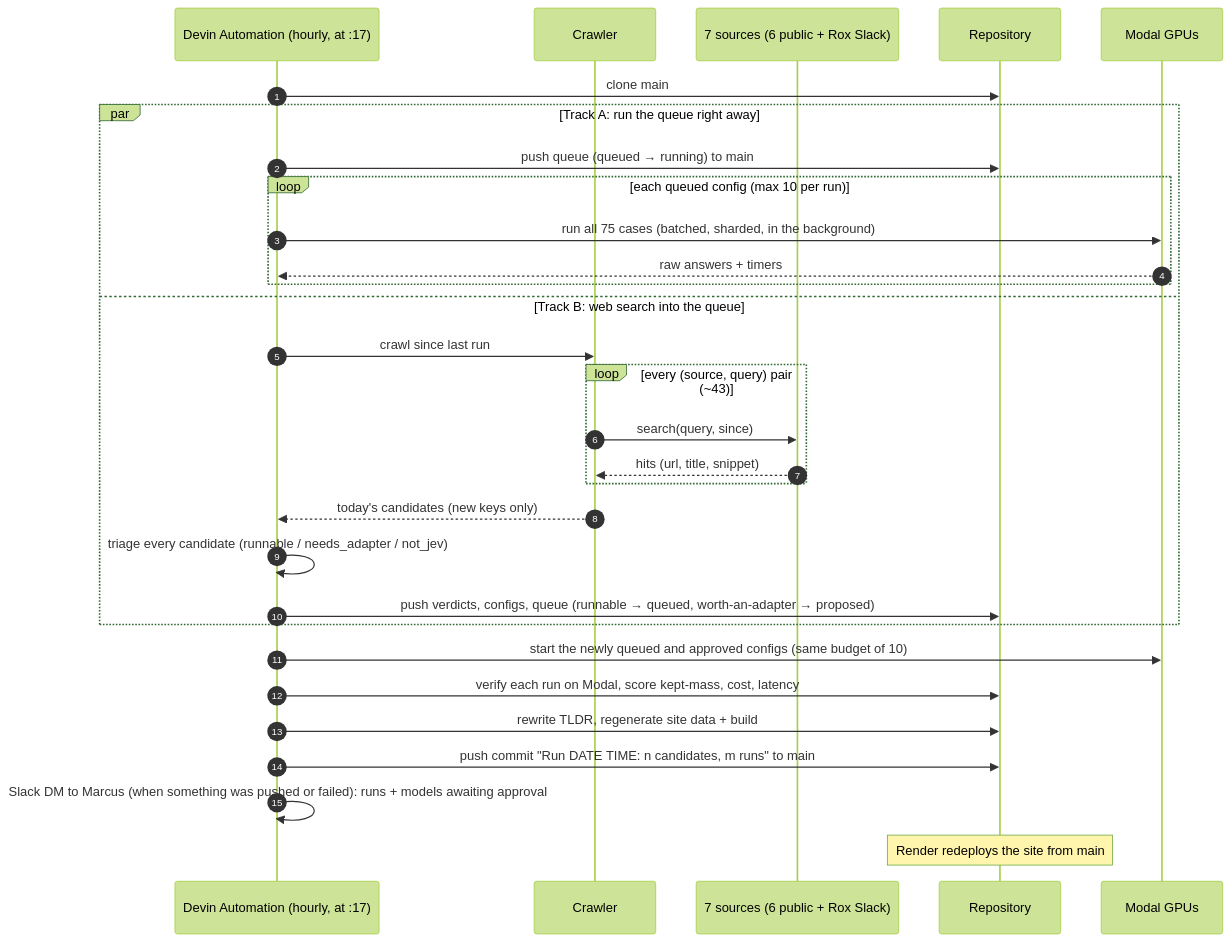
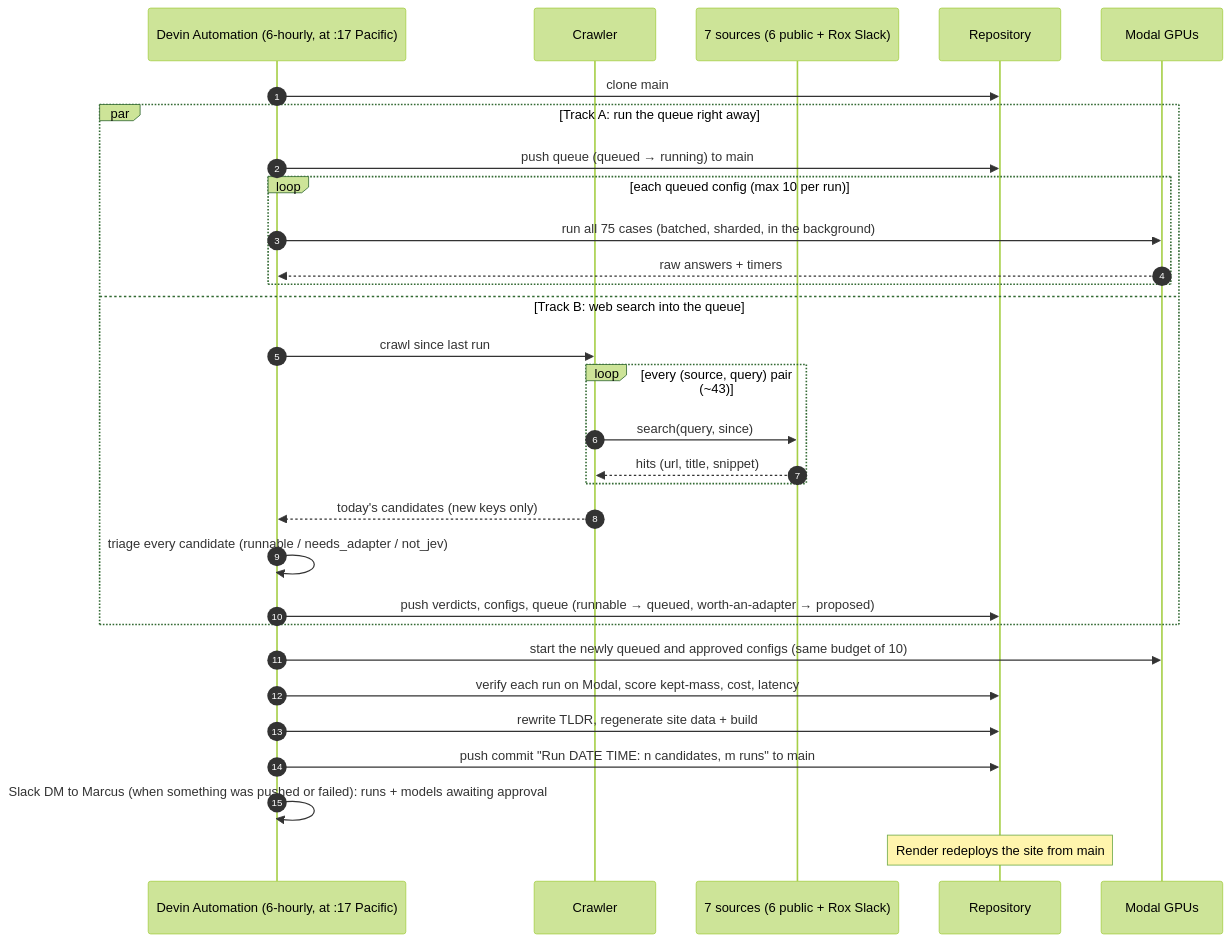
One commit to marcus-rox/jev-tracker changed the second of 3 diagrams in README.md. Above: the diagram before and after it, drawn with Mermaid (forest theme). The commit also changed other lines of this file and 9 other files, not shown here.

Commit message:
Align repo with six-hour Pacific automation schedule

````diff
--- a/README.md
+++ b/README.md
@@ -85,32 +86,32 @@
 ```mermaid
 sequenceDiagram
   autonumber
-  participant A as Devin Automation (hourly, at :17)
+  participant A as Devin Automation (6-hourly, at :17 Pacific)
   participant C as Crawler
   participant S as 7 sources (6 public + Rox Slack)
   participant R as Repository
   participant M as Modal GPUs
   A->>R: clone main
   par Track A: run the queue right away
     A->>R: push queue (queued → running) to main
     loop each queued config (max 10 per run)
       A->>M: run all 75 cases (batched, sharded, in the background)
       M-->>A: raw answers + timers
     end
   and Track B: web search into the queue
     A->>C: crawl since last run
     loop every (source, query) pair (~43)
       C->>S: search(query, since)
       S-->>C: hits (url, title, snippet)
     end
     C-->>A: today's candidates (new keys only)
     A->>A: triage every candidate (runnable / needs_adapter / not_jev)
     A->>R: push verdicts, configs, queue (runnable → queued, worth-an-adapter → proposed)
   end
   A->>M: start the newly queued and approved configs (same budget of 10)
   A->>R: verify each run on Modal, score kept-mass, cost, latency
   A->>R: rewrite TLDR, regenerate site data + build
   A->>R: push commit "Run DATE TIME: n candidates, m runs" to main
   A->>A: Slack DM to Marcus (when something was pushed or failed): runs + models awaiting approval
   Note over R: Render redeploys the site from main
 ```
````
